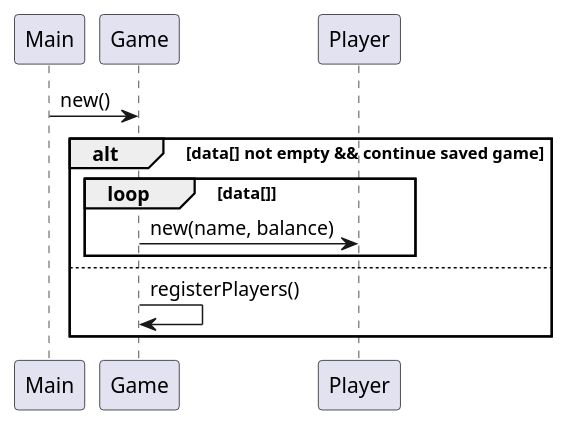
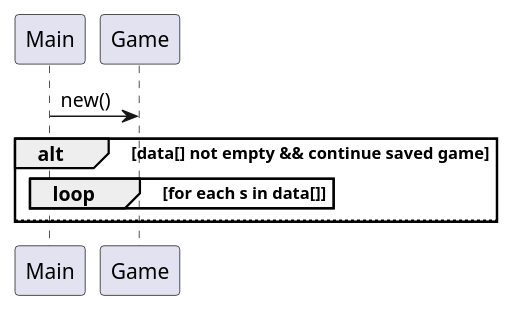
The diagram in doc/Plan/dynamic/sequence_uc1_startGame.puml (Dat1Cphbusiness/MonopolyE24), drawn with PlantUML before and after one commit. The commit also changed 2 other files, not shown here.

```diff
--- a/doc/Plan/dynamic/sequence_uc1_startGame.puml
+++ b/doc/Plan/dynamic/sequence_uc1_startGame.puml
@@ -1,16 +1,17 @@
 @startuml
 'https://plantuml.com/sequence-diagram
 
 Main -> Game: new()
-'indsæt de kald der mangler herfra og ned til at vi tjekker om der var noget spildata
+'indsæt instansieringer i Game konstruktor
+'indsæt kaldet til setup()
+'indsæt hvad der sker i toppen af setup()
 alt data[] not empty && continue saved game
-loop data[]
-Game -> Player: new(name, balance)
+loop for each s in data[]
+'indsæt hvad der sker i loopet
 end
 else
-Game -> Game: registerPlayers()
+'indsæt kaldet til registerPlayers()
 
 end
-'indsæt de to sidste kald
 
 @enduml
```
